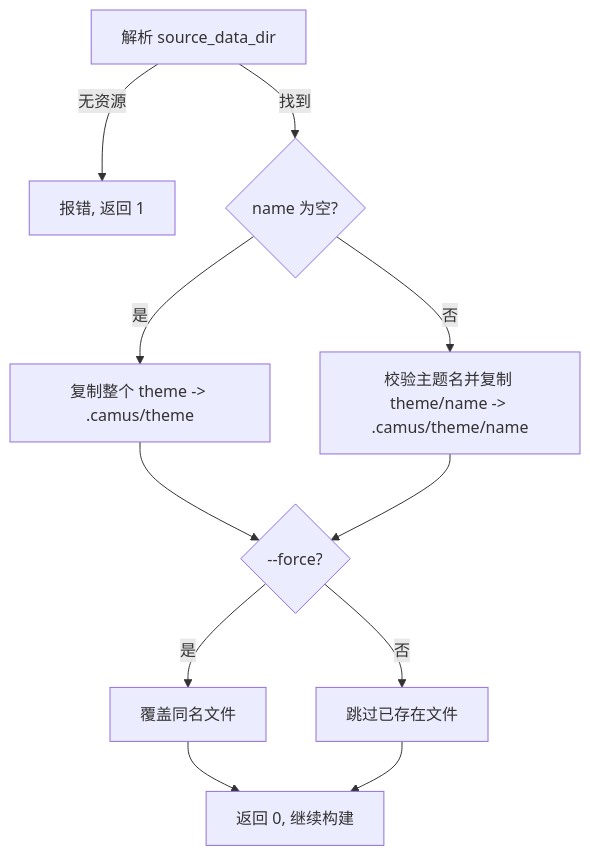
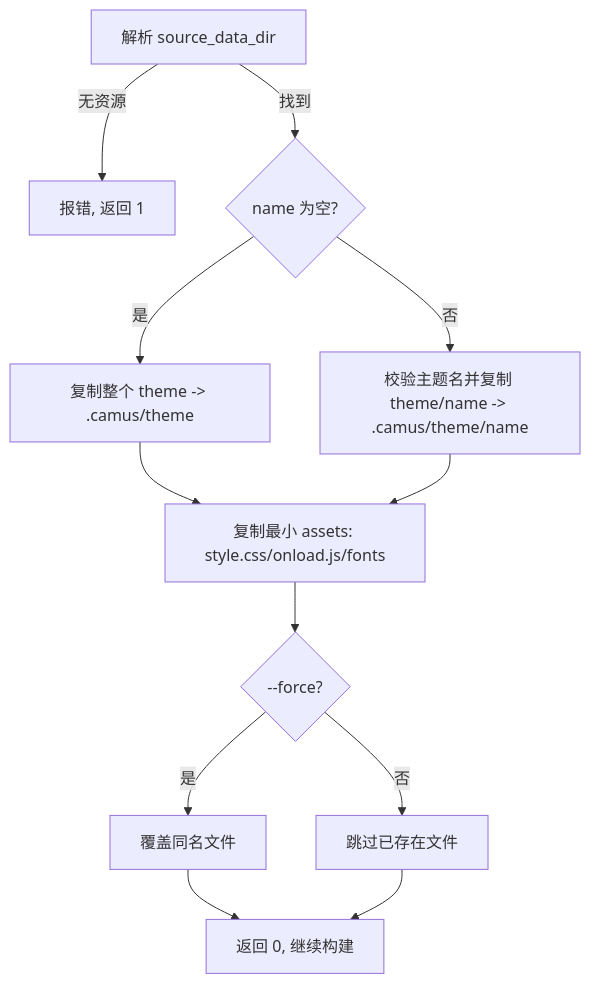
Before and after one commit to o8x/camus: the third of 3 diagrams in docs/prd/08-template-install.md, drawn with Mermaid. The commit also changed other lines of this file and 13 other files, not shown here.

Commit message:
feat: share assets fonts with pdf and copy fonts in resource presets

````diff
--- a/docs/prd/08-template-install.md
+++ b/docs/prd/08-template-install.md
@@ -107,13 +107,14 @@
 ```mermaid
 flowchart TD
     A[解析 source_data_dir] -->|无资源| X[报错, 返回 1]
     A -->|找到| T{name 为空?}
     T -->|是| C[复制整个 theme -> .camus/theme]
     T -->|否| O[校验主题名并复制 theme/name -> .camus/theme/name]
-    C --> S{--force?}
-    O --> S
+    C --> AS[复制最小 assets: style.css/onload.js/fonts]
+    O --> AS
+    AS --> S{--force?}
     S -->|是| W[覆盖同名文件]
     S -->|否| K[跳过已存在文件]
     W --> OK[返回 0, 继续构建]
     K --> OK
 ```
````
